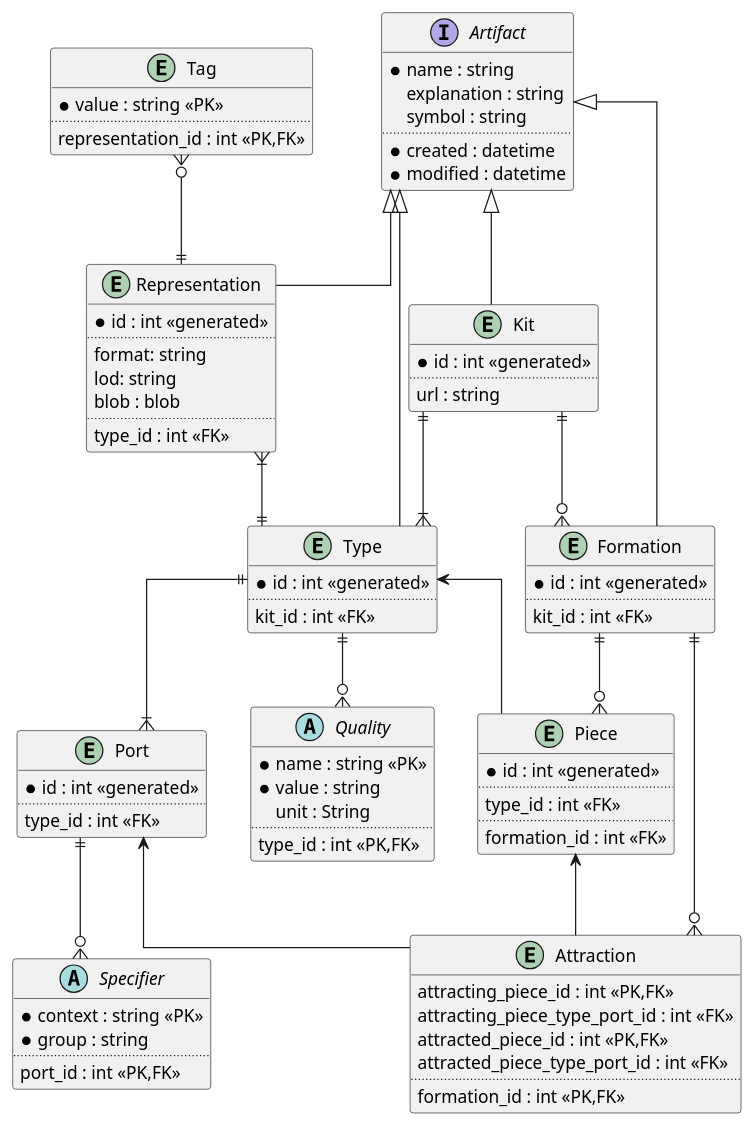
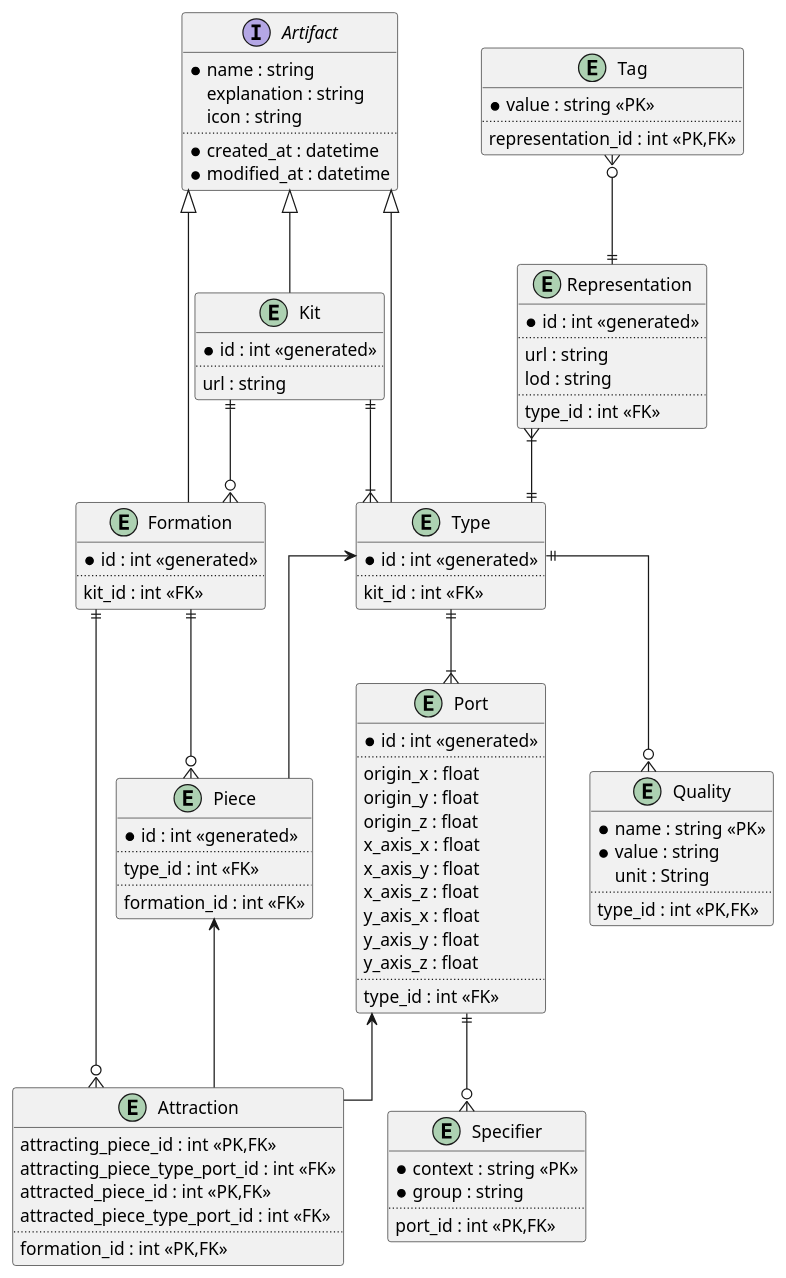
The diagram in docs/softwarequality/softwarearchitecture/dataarchitecture.pu (usalu/semio), drawn with PlantUML before and after one commit. The commit also changed 5 other files, not shown here.

```diff
--- a/docs/softwarequality/softwarearchitecture/dataarchitecture.pu
+++ b/docs/softwarequality/softwarearchitecture/dataarchitecture.pu
@@ -1,106 +1,114 @@
 @startuml "data architecture"
 skinparam linetype ortho
 
 interface Artifact {
     *name : string
     explanation : string
-    symbol : string
+    icon : string
     ..
-    *created : datetime
-    *modified : datetime
+    *created_at : datetime
+    *modified_at : datetime
 }
 
 entity Kit {
     *id : int <<generated>> 
     ..
     url : string
 }
 
 entity Type {
     *id : int <<generated>>
     ..
     kit_id : int <<FK>>
 }
 
 entity Representation {
     *id : int <<generated>>
     ..
-    format: string
-    lod: string
-    blob : blob
+    url : string
+    lod : string
     ..
     type_id : int <<FK>>
 }
 
 entity Tag {
     *value : string <<PK>>
     ..
     representation_id : int <<PK,FK>>
 }
 
 entity Port {
     *id : int <<generated>>
     ..
+    origin_x : float
+    origin_y : float
+    origin_z : float
+    x_axis_x : float
+    x_axis_y : float
+    x_axis_z : float
+    y_axis_x : float
+    y_axis_y : float
+    y_axis_z : float
+    ..
     type_id : int <<FK>>
 }
 
-abstract Quality {
+entity Quality {
     *name : string <<PK>>
     *value : string
     unit : String
     ..
     type_id : int <<PK,FK>>
 }
 
 
-abstract Specifier {
+entity Specifier {
     *context : string <<PK>>
     *group : string
     ..
     port_id : int <<PK,FK>>
 }
 
 entity Piece{
     *id : int <<generated>>
     ..
     type_id : int <<FK>>
     ..
     formation_id : int <<FK>>
 }
 
 entity Attraction {
     attracting_piece_id : int <<PK,FK>>
     attracting_piece_type_port_id : int <<FK>>
     attracted_piece_id : int <<PK,FK>>
     attracted_piece_type_port_id : int <<FK>>
     ..
     formation_id : int <<PK,FK>>
 }
 
 entity Formation {
     *id : int <<generated>>
     ..
     kit_id : int <<FK>>
 }
 
 
 Kit ||--|{ Type
 Kit ||--o{ Formation
 Tag }o--|| Representation
 Representation }|--|| Type
 Type ||--|{ Port
 Type ||--o{ Quality
 Formation ||--o{ Piece
 Formation ||--o{ Attraction
 Port ||--o{  Specifier
 Type <-- Piece
 Piece <-- Attraction
 Port <-- Attraction
 
 Artifact <|-- Kit
 Artifact <|-- Type
 Artifact <|-- Formation
-Artifact <|-- Representation
 
 
 @enduml
```
